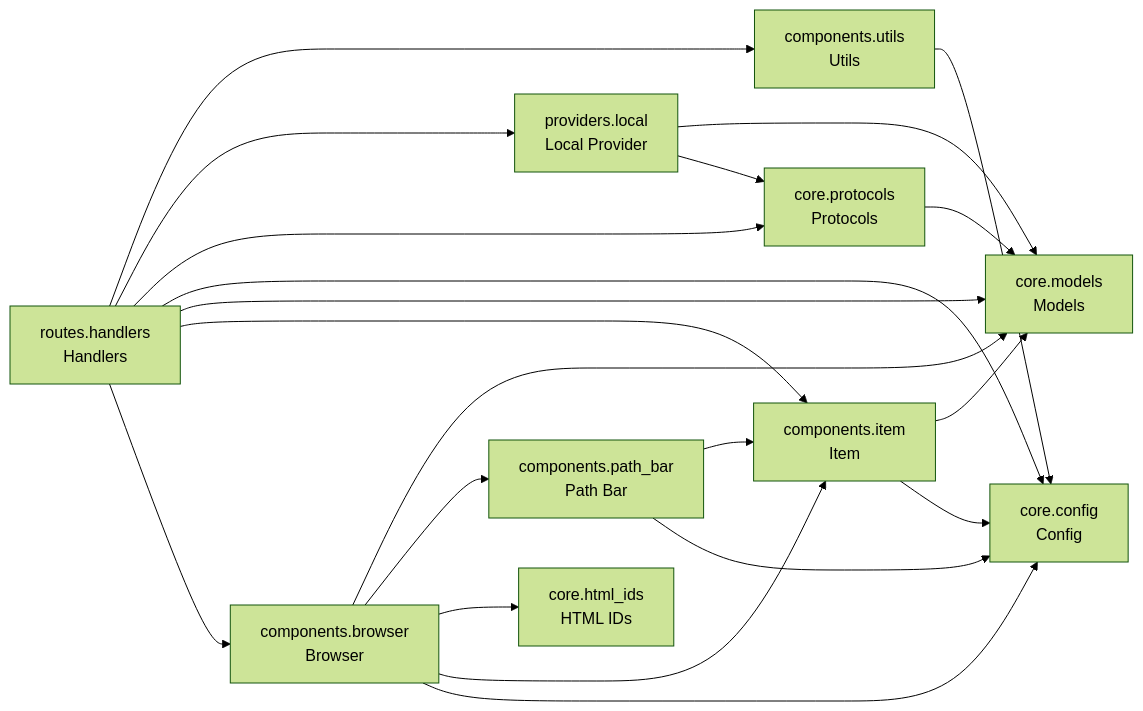
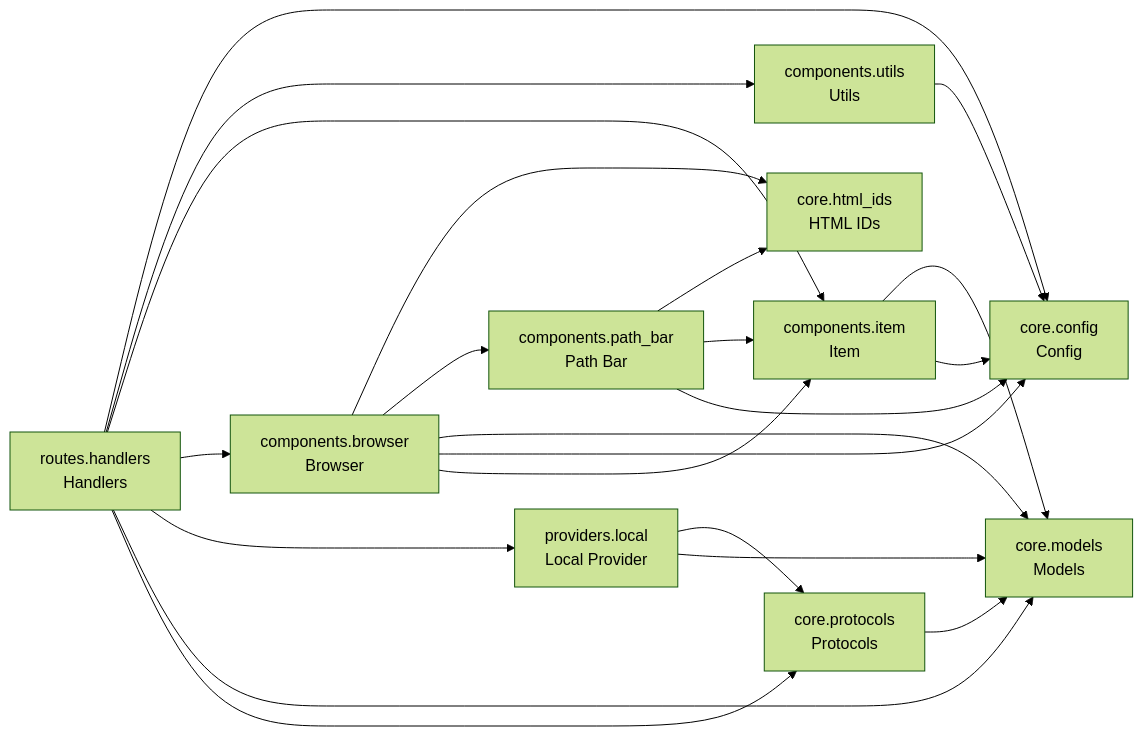
The diagram in README.md (cj-mills/cjm-fasthtml-file-browser), drawn with Mermaid (forest theme) before and after one commit. The commit also changed other lines of this file and 8 other files, not shown here.

Commit message:
Fix activate button swap for OOB-only responses, add Backspace-to-parent KeyAction, and add HTML IDs to path bar nav buttons.

````diff
--- a/README.md
+++ b/README.md
@@ -34,34 +34,35 @@
 ``` mermaid
 graph LR
     components_browser[components.browser<br/>Browser]
     components_item[components.item<br/>Item]
     components_path_bar[components.path_bar<br/>Path Bar]
     components_utils[components.utils<br/>Utils]
     core_config[core.config<br/>Config]
     core_html_ids[core.html_ids<br/>HTML IDs]
     core_models[core.models<br/>Models]
     core_protocols[core.protocols<br/>Protocols]
     providers_local[providers.local<br/>Local Provider]
     routes_handlers[routes.handlers<br/>Handlers]
 
+    components_browser --> core_html_ids
+    components_browser --> components_path_bar
     components_browser --> core_models
-    components_browser --> components_path_bar
-    components_browser --> core_html_ids
+    components_browser --> core_config
     components_browser --> components_item
-    components_browser --> core_config
     components_item --> core_models
     components_item --> core_config
+    components_path_bar --> core_html_ids
     components_path_bar --> components_item
     components_path_bar --> core_config
     components_utils --> core_config
     core_protocols --> core_models
+    providers_local --> core_protocols
     providers_local --> core_models
-    providers_local --> core_protocols
+    routes_handlers --> core_config
     routes_handlers --> components_utils
-    routes_handlers --> providers_local
-    routes_handlers --> core_protocols
-    routes_handlers --> core_config
-    routes_handlers --> core_models
     routes_handlers --> components_item
     routes_handlers --> components_browser
+    routes_handlers --> providers_local
+    routes_handlers --> core_models
+    routes_handlers --> core_protocols
 ```
````
